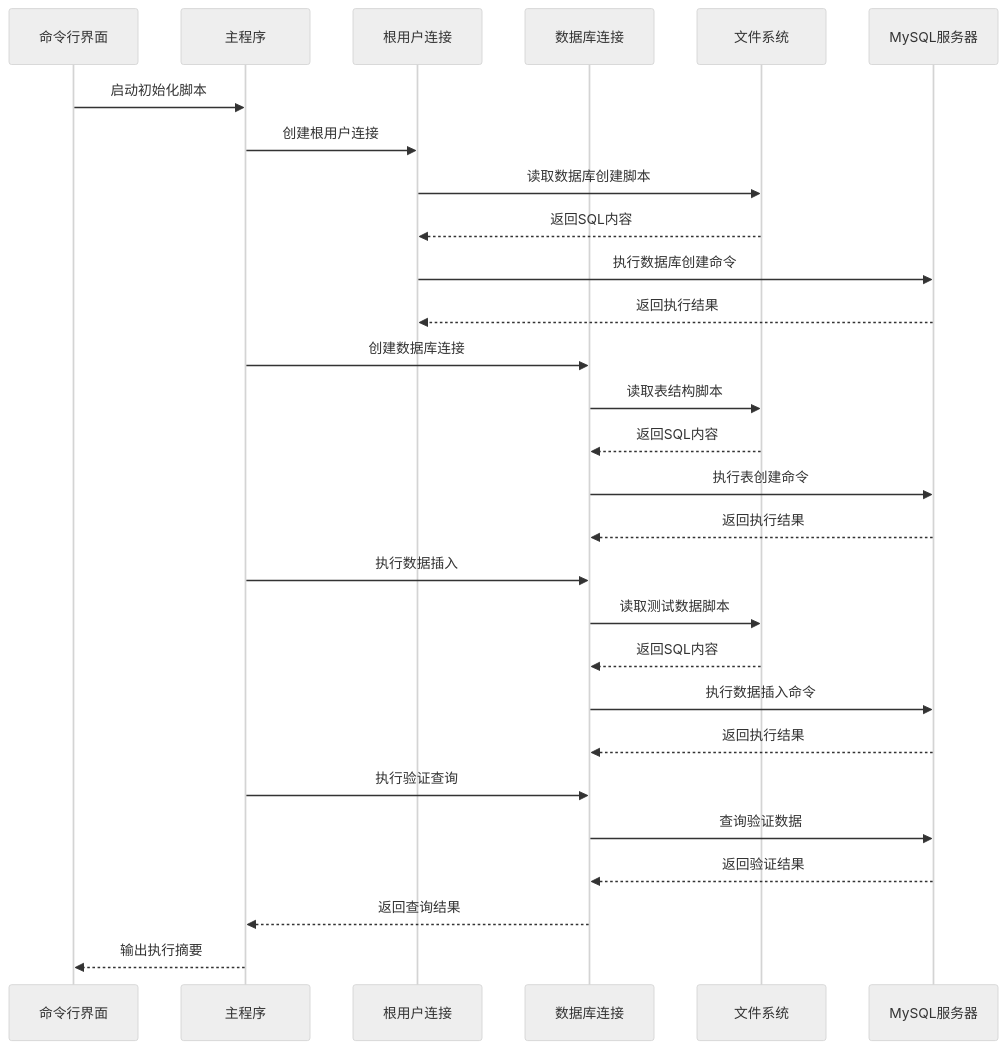
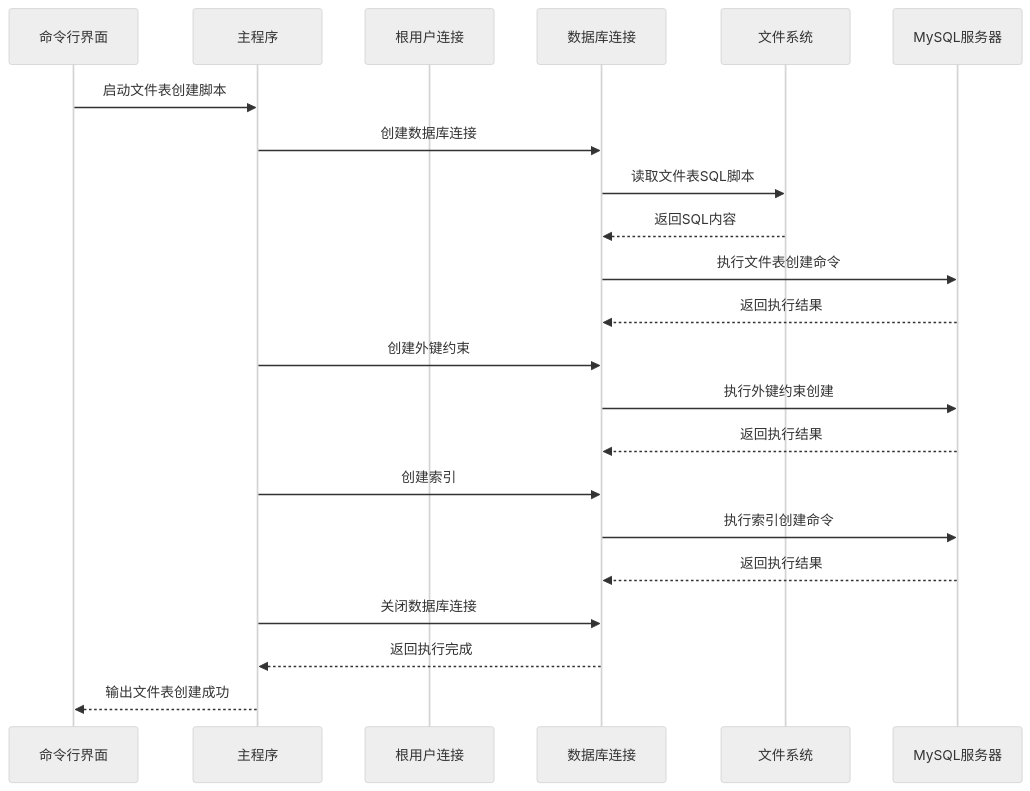
One commit to lane6008/fileTest changed the second of 8 diagrams in .qoder/repowiki/zh/content/数据库初始化.md. Above: the diagram before and after it, drawn with Mermaid (neutral theme). The commit also changed other lines of this file and 7 other files, not shown here.

````diff
--- a/.qoder/repowiki/zh/content/数据库初始化.md
+++ b/.qoder/repowiki/zh/content/数据库初始化.md
@@ -98,30 +126,24 @@
 ```mermaid
 sequenceDiagram
 participant CLI as 命令行界面
 participant Main as 主程序
 participant RootConn as 根用户连接
 participant DBConn as 数据库连接
 participant FS as 文件系统
 participant MySQL as MySQL服务器
-CLI->>Main : 启动初始化脚本
-Main->>RootConn : 创建根用户连接
-RootConn->>FS : 读取数据库创建脚本
-FS-->>RootConn : 返回SQL内容
-RootConn->>MySQL : 执行数据库创建命令
-MySQL-->>RootConn : 返回执行结果
+CLI->>Main : 启动文件表创建脚本
 Main->>DBConn : 创建数据库连接
-DBConn->>FS : 读取表结构脚本
+DBConn->>FS : 读取文件表SQL脚本
 FS-->>DBConn : 返回SQL内容
-DBConn->>MySQL : 执行表创建命令
+DBConn->>MySQL : 执行文件表创建命令
 MySQL-->>DBConn : 返回执行结果
-Main->>DBConn : 执行数据插入
-DBConn->>FS : 读取测试数据脚本
-FS-->>DBConn : 返回SQL内容
-DBConn->>MySQL : 执行数据插入命令
+Main->>DBConn : 创建外键约束
+DBConn->>MySQL : 执行外键约束创建
 MySQL-->>DBConn : 返回执行结果
-Main->>DBConn : 执行验证查询
-DBConn->>MySQL : 查询验证数据
-MySQL-->>DBConn : 返回验证结果
-DBConn-->>Main : 返回查询结果
-Main-->>CLI : 输出执行摘要
+Main->>DBConn : 创建索引
+DBConn->>MySQL : 执行索引创建命令
+MySQL-->>DBConn : 返回执行结果
+Main->>DBConn : 关闭数据库连接
+DBConn-->>Main : 返回执行完成
+Main-->>CLI : 输出文件表创建成功
 ```
````
